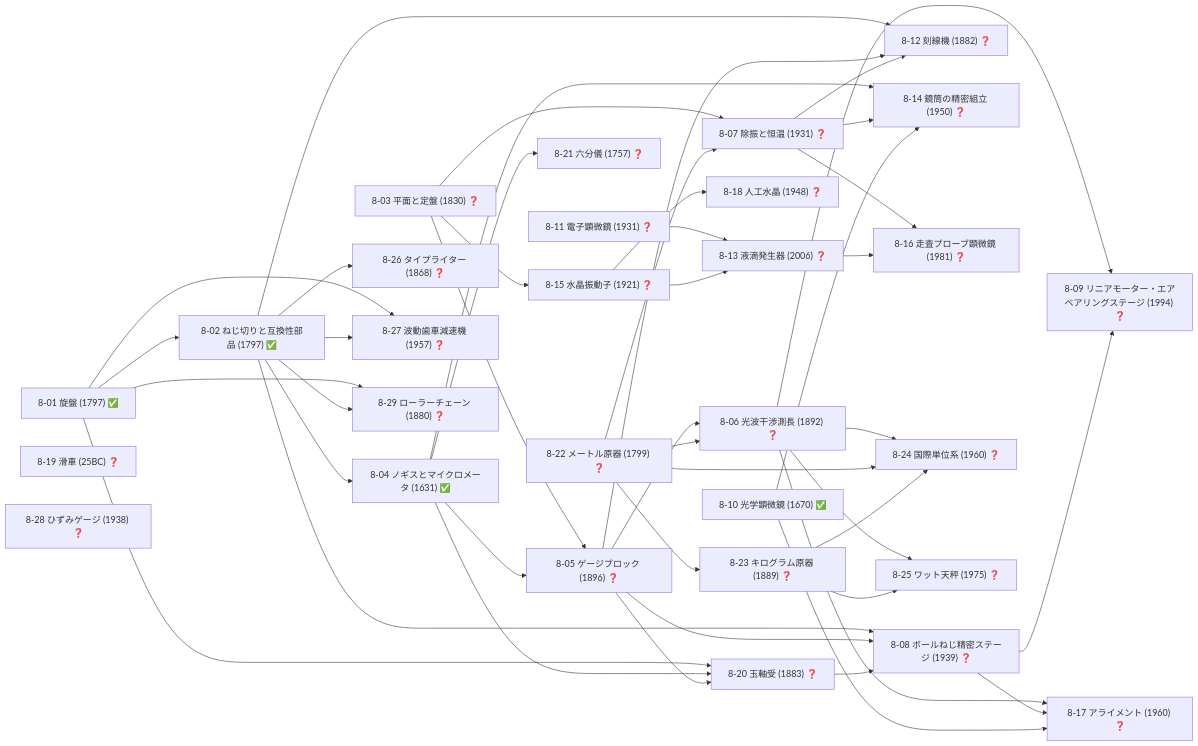
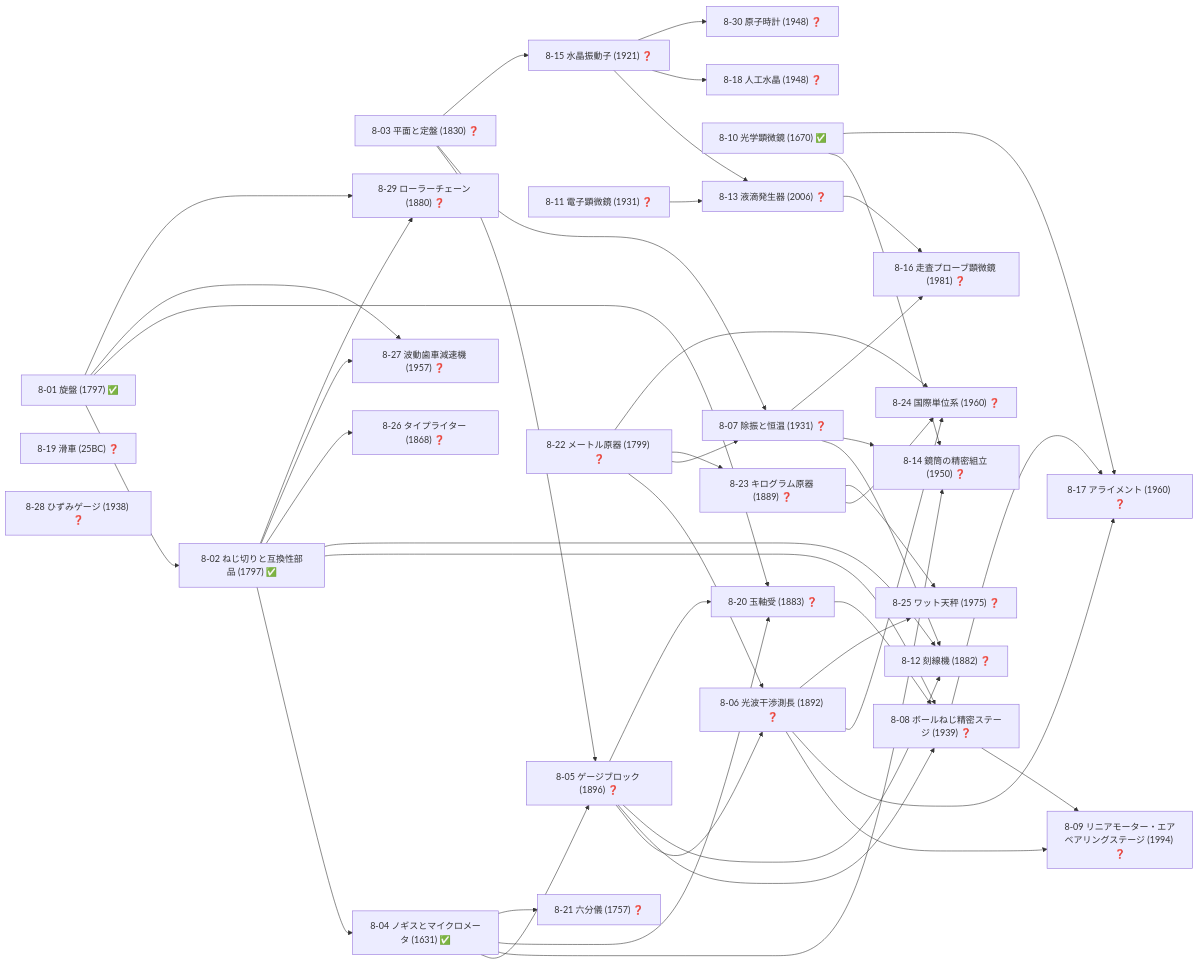
Diagram 11 of 19 in docs/TECH_TREE_VIEW.md (taku3i0317-collab/semiconductor-lab), drawn with Mermaid before and after one commit. The commit also changed other lines of this file and 8 other files, not shown here.

````diff
--- a/docs/TECH_TREE_VIEW.md
+++ b/docs/TECH_TREE_VIEW.md
@@ -564,75 +566,77 @@
 ```mermaid
 graph LR
   n8_01["8-01 旋盤 (1797) ✅"]
   n8_02["8-02 ねじ切りと互換性部品 (1797) ✅"]
   n8_03["8-03 平面と定盤 (1830) ❓"]
   n8_04["8-04 ノギスとマイクロメータ (1631) ✅"]
   n8_05["8-05 ゲージブロック (1896) ❓"]
   n8_06["8-06 光波干渉測長 (1892) ❓"]
   n8_07["8-07 除振と恒温 (1931) ❓"]
   n8_08["8-08 ボールねじ精密ステージ (1939) ❓"]
   n8_09["8-09 リニアモーター・エアベアリングステージ (1994) ❓"]
   n8_10["8-10 光学顕微鏡 (1670) ✅"]
   n8_11["8-11 電子顕微鏡 (1931) ❓"]
   n8_12["8-12 刻線機 (1882) ❓"]
   n8_13["8-13 液滴発生器 (2006) ❓"]
   n8_14["8-14 鏡筒の精密組立 (1950) ❓"]
   n8_15["8-15 水晶振動子 (1921) ❓"]
   n8_16["8-16 走査プローブ顕微鏡 (1981) ❓"]
   n8_17["8-17 アライメント (1960) ❓"]
   n8_18["8-18 人工水晶 (1948) ❓"]
   n8_19["8-19 滑車 (25BC) ❓"]
   n8_20["8-20 玉軸受 (1883) ❓"]
   n8_21["8-21 六分儀 (1757) ❓"]
   n8_22["8-22 メートル原器 (1799) ❓"]
   n8_23["8-23 キログラム原器 (1889) ❓"]
   n8_24["8-24 国際単位系 (1960) ❓"]
   n8_25["8-25 ワット天秤 (1975) ❓"]
   n8_26["8-26 タイプライター (1868) ❓"]
   n8_27["8-27 波動歯車減速機 (1957) ❓"]
   n8_28["8-28 ひずみゲージ (1938) ❓"]
   n8_29["8-29 ローラーチェーン (1880) ❓"]
+  n8_30["8-30 原子時計 (1948) ❓"]
   n8_01-->n8_02
   n8_02-->n8_04
   n8_03-->n8_05
   n8_04-->n8_05
   n8_05-->n8_06
   n8_22-->n8_06
   n8_03-->n8_07
   n8_22-->n8_07
   n8_02-->n8_08
   n8_05-->n8_08
   n8_20-->n8_08
   n8_06-->n8_09
   n8_08-->n8_09
   n8_02-->n8_12
   n8_05-->n8_12
   n8_07-->n8_12
   n8_11-->n8_13
   n8_15-->n8_13
   n8_04-->n8_14
   n8_07-->n8_14
   n8_10-->n8_14
   n8_03-->n8_15
   n8_07-->n8_16
   n8_13-->n8_16
   n8_06-->n8_17
   n8_08-->n8_17
   n8_10-->n8_17
   n8_15-->n8_18
   n8_01-->n8_20
   n8_04-->n8_20
   n8_05-->n8_20
   n8_04-->n8_21
   n8_22-->n8_23
   n8_06-->n8_24
   n8_22-->n8_24
   n8_23-->n8_24
   n8_06-->n8_25
   n8_23-->n8_25
   n8_02-->n8_26
   n8_01-->n8_27
   n8_02-->n8_27
   n8_01-->n8_29
   n8_02-->n8_29
+  n8_15-->n8_30
 ```
````
